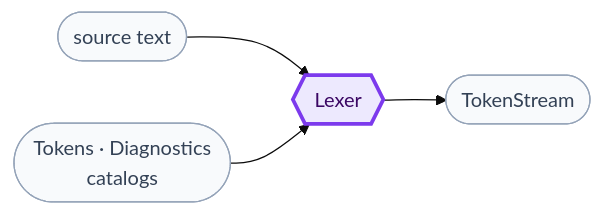
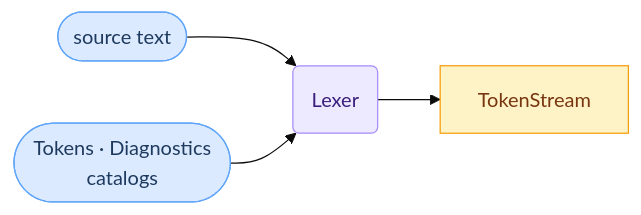
One commit to sfalik/Precept changed the second of 9 diagrams in docs/compiler-and-runtime-design.md. Above: the diagram before and after it, drawn with Mermaid (base theme). The commit also changed other lines of this file, not shown here.

Commit message:
docs: align §4–§11 diagram shapes and colors with §3 overview

````diff
--- a/docs/compiler-and-runtime-design.md
+++ b/docs/compiler-and-runtime-design.md
@@ -143,14 +143,15 @@
 ```mermaid
 flowchart LR
-    classDef data fill:#f8fafc,stroke:#94a3b8,color:#334155
-    classDef stage fill:#ede9fe,stroke:#7c3aed,stroke-width:3px,color:#3b0764
+    classDef input fill:#dbeafe,stroke:#60a5fa,color:#1e3a5f
+    classDef stage fill:#ede9fe,stroke:#a78bfa,color:#3b1f7e
+    classDef artifact fill:#fef3c7,stroke:#f59e0b,color:#78350f
 
-    SRC(["source text"]):::data
-    CAT(["Tokens · Diagnostics\ncatalogs"]):::data
-    LEX{{"Lexer"}}:::stage
-    OUT(["TokenStream"]):::data
+    SRC([source text]):::input
+    CAT([Tokens · Diagnostics\ncatalogs]):::input
+    LEX(Lexer):::stage
+    OUT[TokenStream]:::artifact
 
     SRC --> LEX
     CAT --> LEX
     LEX --> OUT
 ```
````
